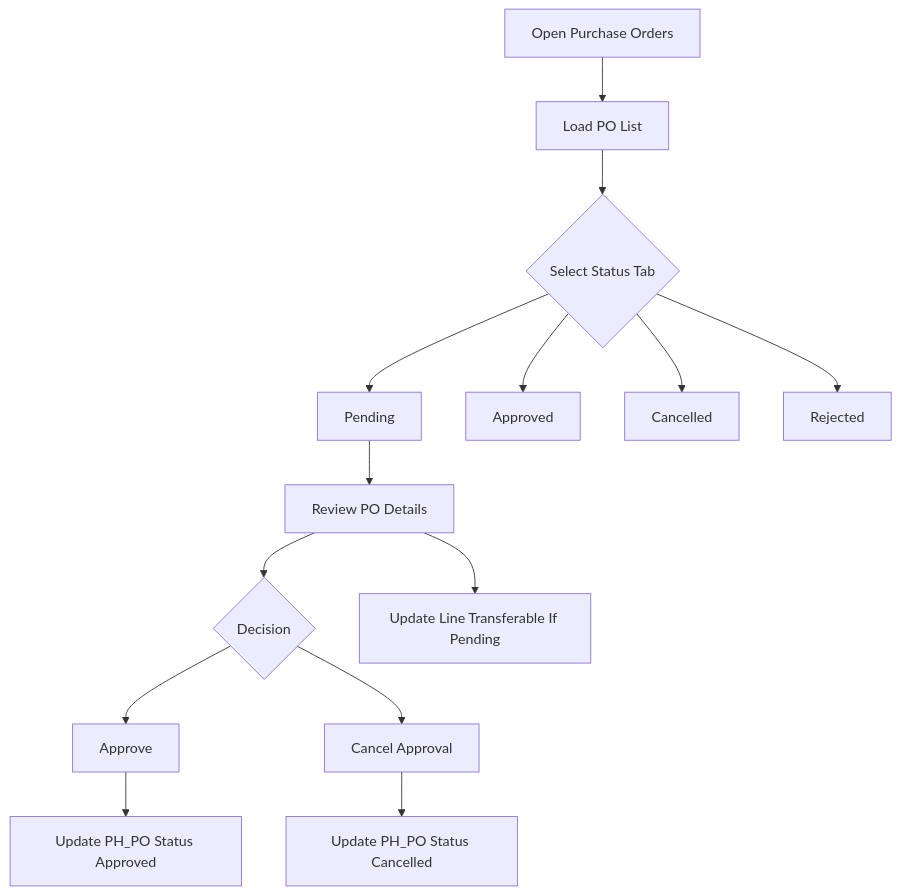
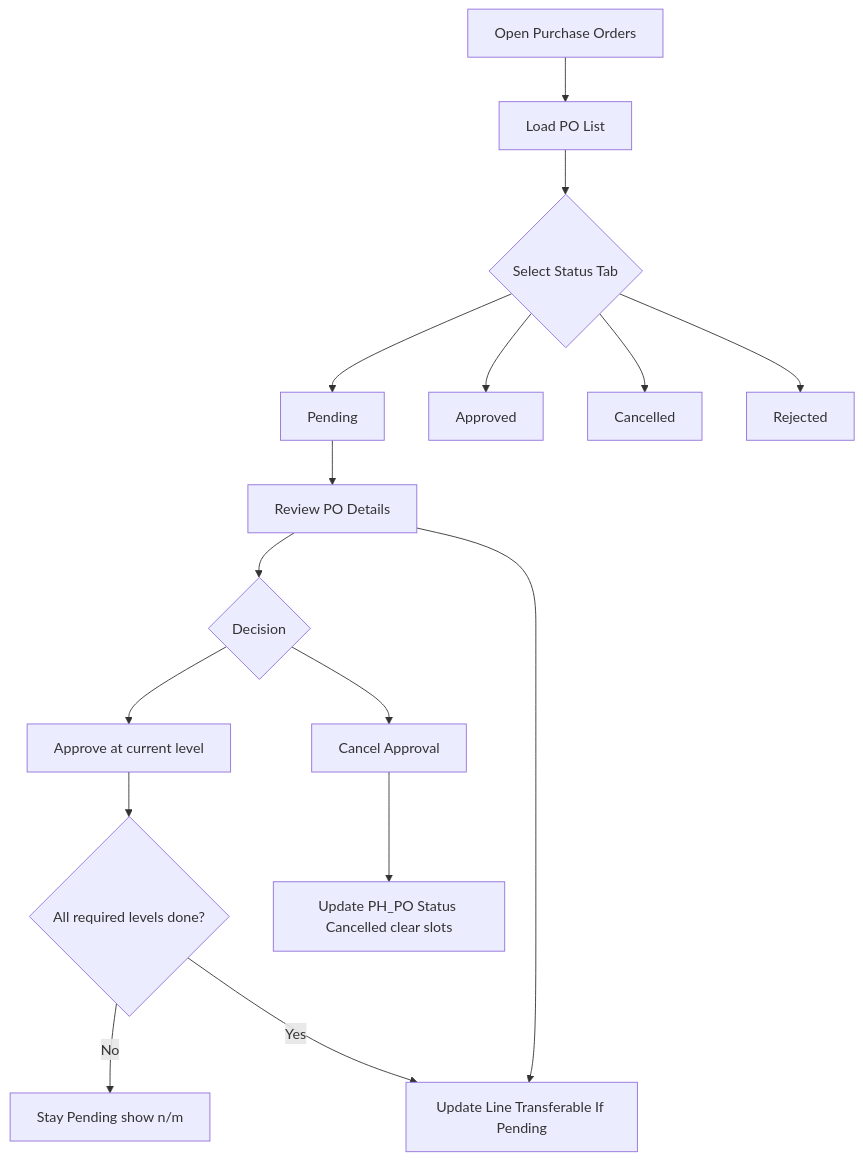
Before and after one commit to JJasXS/ApprovalPO: the third of 5 diagrams in docs/ENTERPRISE.md, drawn with Mermaid. The commit also changed other lines of this file and 15 other files, not shown here.

````diff
--- a/docs/ENTERPRISE.md
+++ b/docs/ENTERPRISE.md
@@ -211,16 +225,18 @@
 ```mermaid
 flowchart TD
     A[Open Purchase Orders] --> B[Load PO List]
     B --> C{Select Status Tab}
     C --> D[Pending]
     C --> E[Approved]
     C --> F[Cancelled]
     C --> G[Rejected]
     D --> H[Review PO Details]
     H --> I{Decision}
-    I --> J[Approve]
+    I --> J[Approve at current level]
+    J --> L{All required levels done?}
+    L -->|No| M[Stay Pending show n/m]
+    L -->|Yes| N[Update PH_PO Status Approved]
     I --> K[Cancel Approval]
-    J --> L[Update PH_PO Status Approved]
-    K --> M[Update PH_PO Status Cancelled]
+    K --> O[Update PH_PO Status Cancelled clear slots]
     H --> N[Update Line Transferable If Pending]
 ```
````
